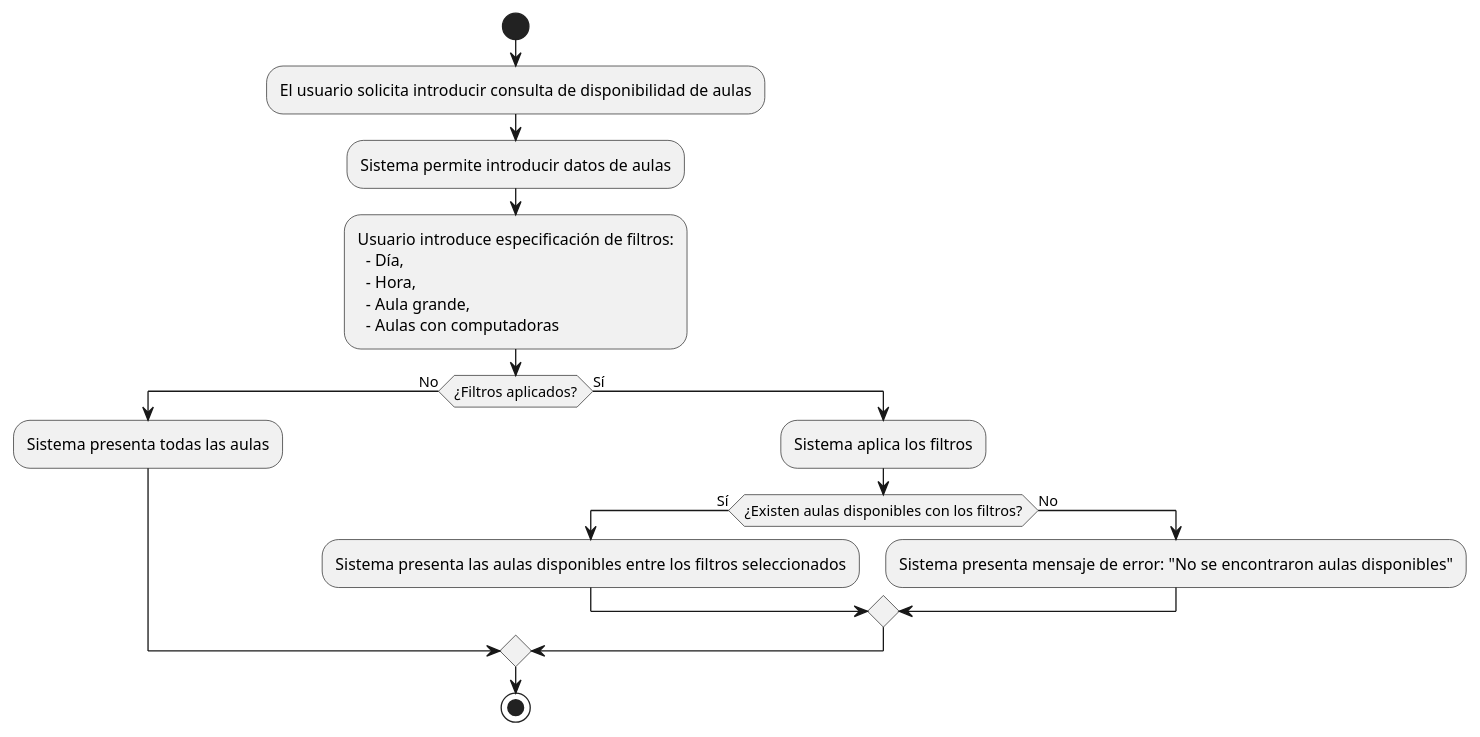
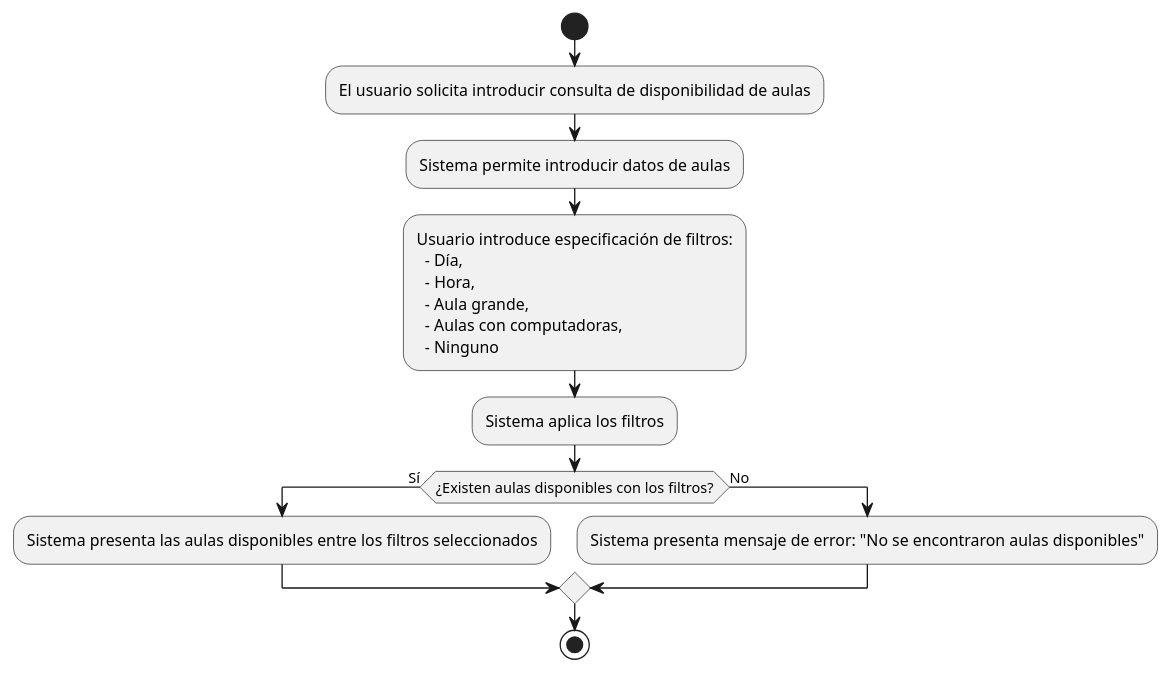
The diagram in casosDeUso/plantUML/VerDisponibilidadDeAulas.puml (mmasias/24-25-IdSw1-SDR), drawn with PlantUML before and after one commit.

```diff
--- a/casosDeUso/plantUML/VerDisponibilidadDeAulas.puml
+++ b/casosDeUso/plantUML/VerDisponibilidadDeAulas.puml
@@ -1,21 +1,18 @@
 @startuml
 start
 :El usuario solicita introducir consulta de disponibilidad de aulas;
 :Sistema permite introducir datos de aulas;
 :Usuario introduce especificación de filtros:
   - Día,
   - Hora,
   - Aula grande,
-  - Aulas con computadoras;
-if (¿Filtros aplicados?) then (No)
-  :Sistema presenta todas las aulas;
-else (Sí)
-  :Sistema aplica los filtros;
+  - Aulas con computadoras,
+  - Ninguno;
+:Sistema aplica los filtros;
   if (¿Existen aulas disponibles con los filtros?) then (Sí)
     :Sistema presenta las aulas disponibles entre los filtros seleccionados;
   else (No)
     :Sistema presenta mensaje de error: "No se encontraron aulas disponibles";
   endif
-endif
 stop
 @enduml
```
